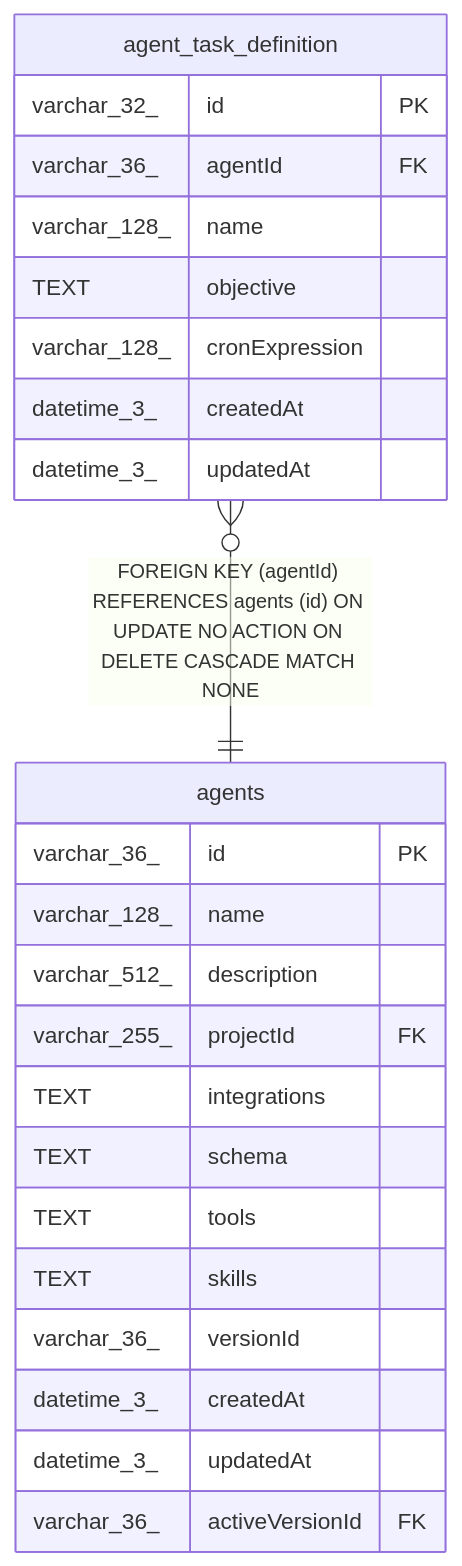
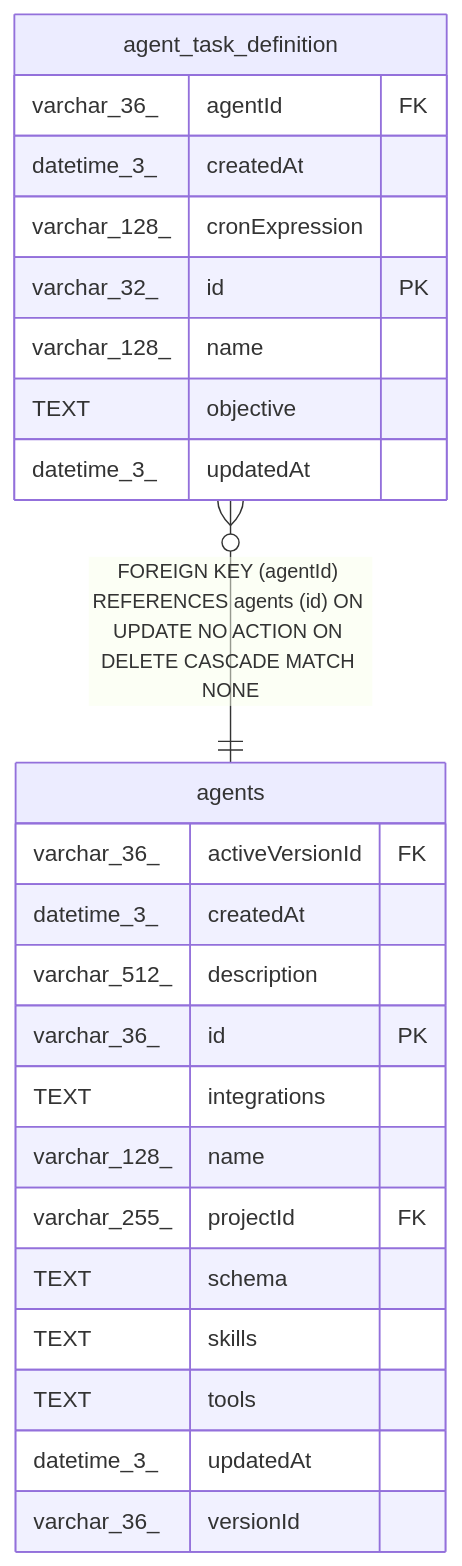
The diagram in docs/generated/sqlite-schema/agent_task_definition.md (mayankjain1815-commits/n8n), drawn with Mermaid before and after one commit. The commit also changed other lines of this file and 221 other files, not shown here.

Commit message:
chore(core): Make DB schema docs generation deterministic (#32373)

````diff
--- a/docs/generated/sqlite-schema/agent_task_definition.md
+++ b/docs/generated/sqlite-schema/agent_task_definition.md
@@ -43,29 +43,29 @@
 ```mermaid
 erDiagram
 
 "agent_task_definition" }o--|| "agents" : "FOREIGN KEY (agentId) REFERENCES agents (id) ON UPDATE NO ACTION ON DELETE CASCADE MATCH NONE"
 
 "agent_task_definition" {
+  varchar_36_ agentId FK
+  datetime_3_ createdAt
+  varchar_128_ cronExpression
   varchar_32_ id PK
-  varchar_36_ agentId FK
   varchar_128_ name
   TEXT objective
-  varchar_128_ cronExpression
-  datetime_3_ createdAt
   datetime_3_ updatedAt
 }
 "agents" {
+  varchar_36_ activeVersionId FK
+  datetime_3_ createdAt
+  varchar_512_ description
   varchar_36_ id PK
+  TEXT integrations
   varchar_128_ name
-  varchar_512_ description
   varchar_255_ projectId FK
-  TEXT integrations
   TEXT schema
+  TEXT skills
   TEXT tools
-  TEXT skills
+  datetime_3_ updatedAt
   varchar_36_ versionId
-  datetime_3_ createdAt
-  datetime_3_ updatedAt
-  varchar_36_ activeVersionId FK
 }
 ```
````
